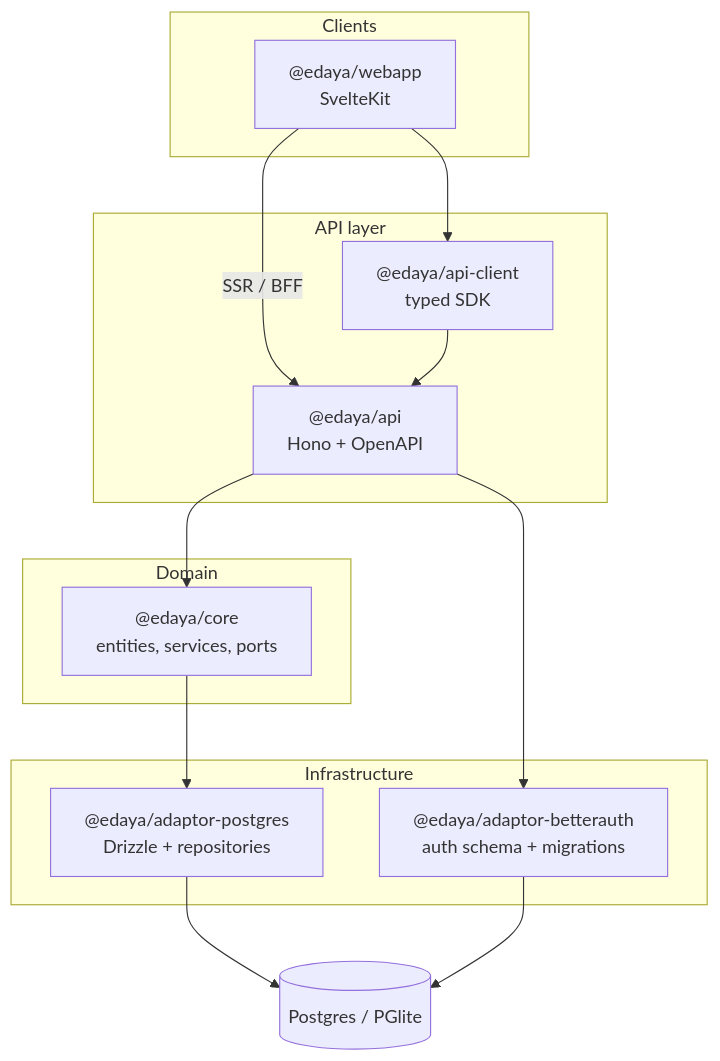
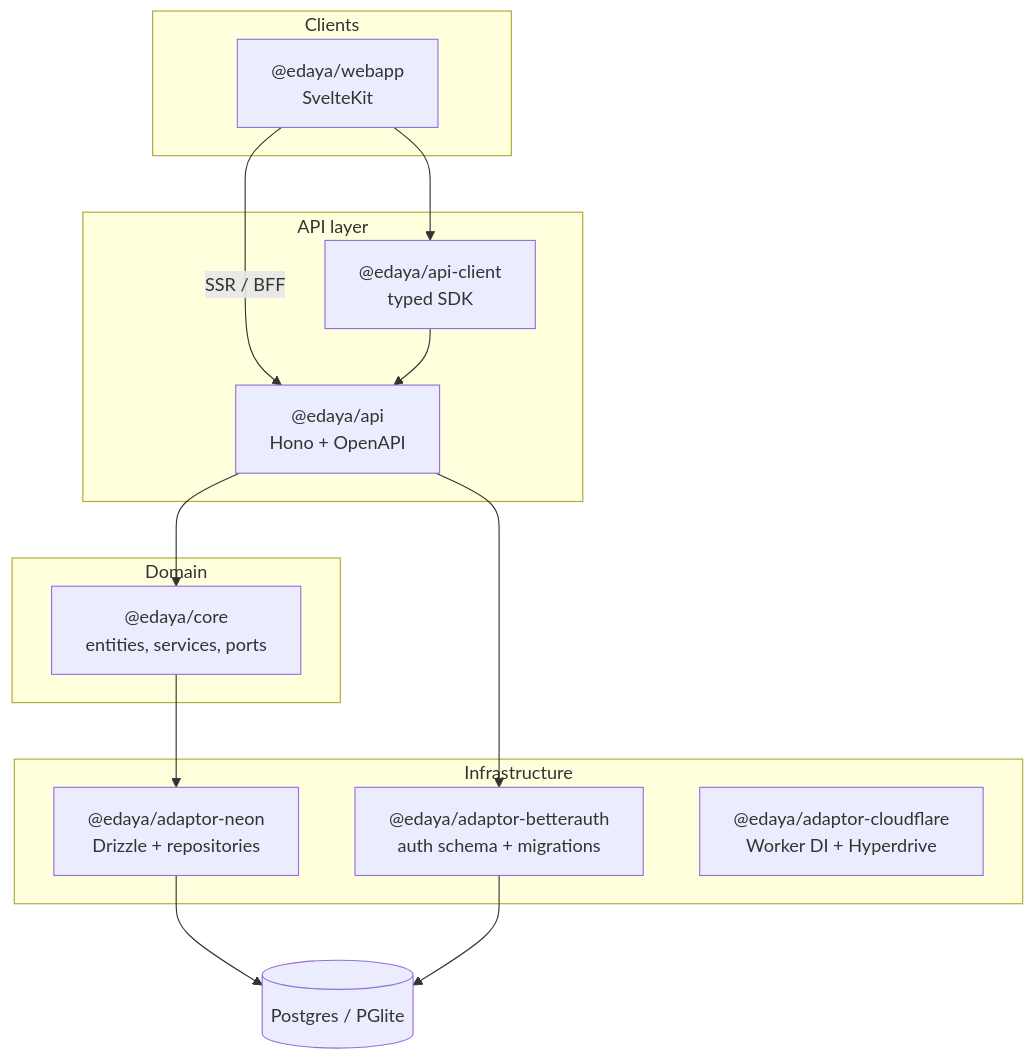
The diagram in README.md (Maya-Invest/edaya_backend), drawn with Mermaid before and after one commit. The commit also changed other lines of this file and 91 other files, not shown here.

First line of the commit message:
feat: migrate to Neon and Cloudflare adaptors, update database handling

````diff
--- a/README.md
+++ b/README.md
@@ -11,29 +11,30 @@
 ```mermaid
 flowchart TB
   subgraph clients["Clients"]
     Webapp["@edaya/webapp<br/>SvelteKit"]
   end
 
   subgraph api_layer["API layer"]
     API["@edaya/api<br/>Hono + OpenAPI"]
     Client["@edaya/api-client<br/>typed SDK"]
   end
 
   subgraph domain["Domain"]
     Core["@edaya/core<br/>entities, services, ports"]
   end
 
   subgraph infra["Infrastructure"]
-  PG["@edaya/adaptor-postgres<br/>Drizzle + repositories"]
+  PG["@edaya/adaptor-neon<br/>Drizzle + repositories"]
   Auth["@edaya/adaptor-betterauth<br/>auth schema + migrations"]
+  CF["@edaya/adaptor-cloudflare<br/>Worker DI + Hyperdrive"]
   end
 
   Webapp --> Client
   Webapp -->|SSR / BFF| API
   Client --> API
   API --> Core
   API --> Auth
   Core --> PG
   PG --> DB[(Postgres / PGlite)]
   Auth --> DB
 ```
````
